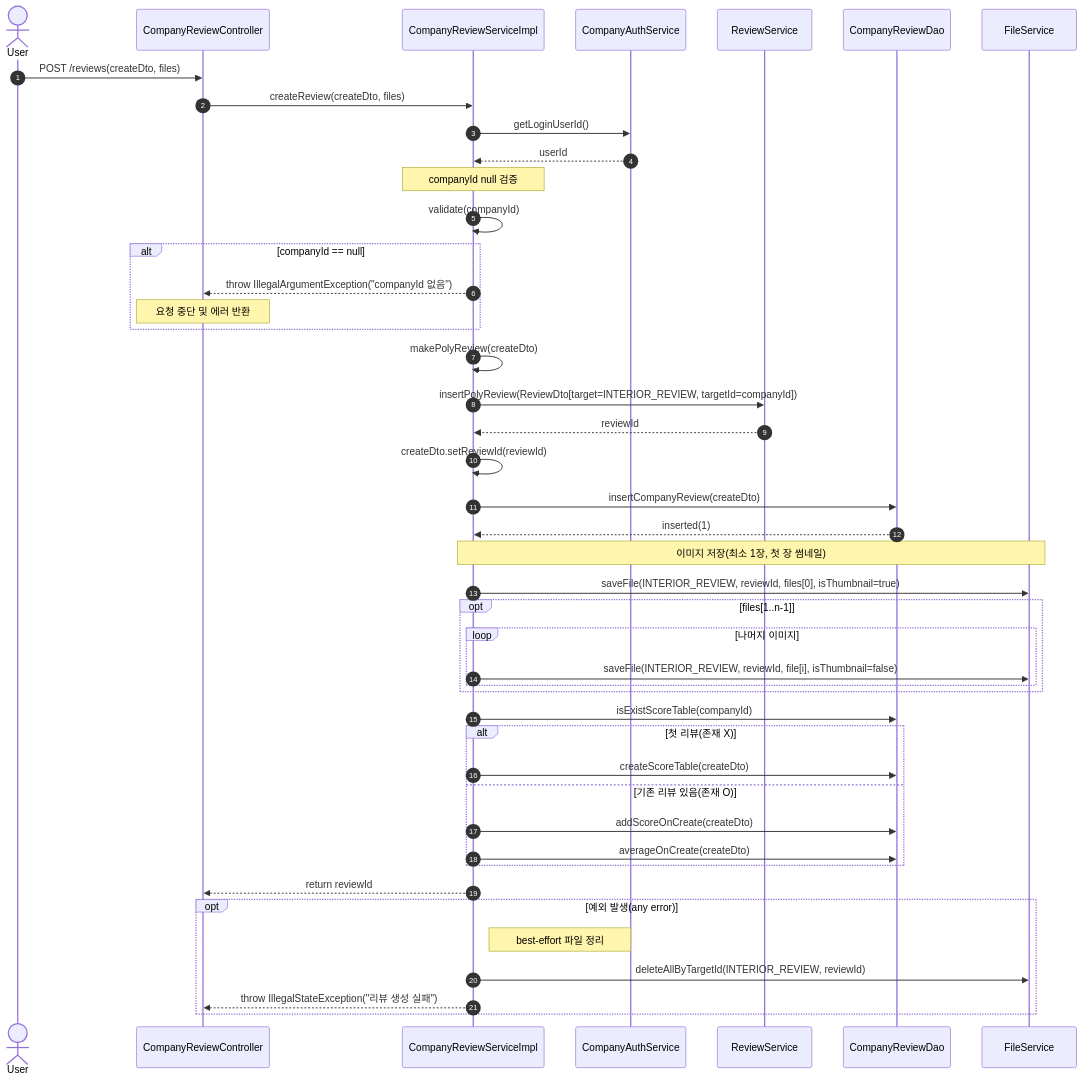
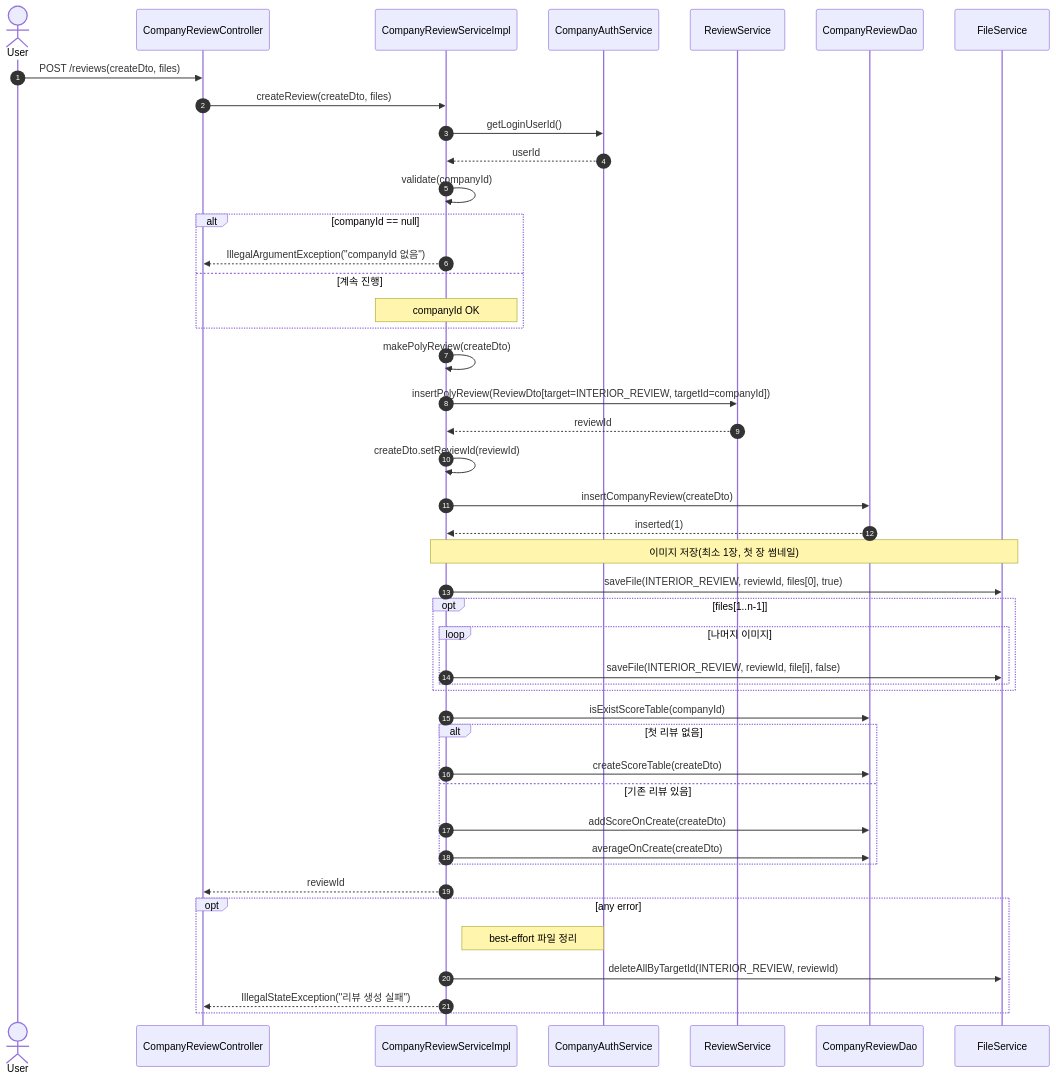
Before and after one commit to Shrimptempura/goottama: the fourth of 4 diagrams in README.md, drawn with Mermaid. The commit also changed other lines of this file, not shown here.

````diff
--- a/README.md
+++ b/README.md
@@ -273,58 +214,57 @@
 ```mermaid
 sequenceDiagram
 autonumber
 actor User
 participant C as CompanyReviewController
 participant S as CompanyReviewServiceImpl
 participant A as CompanyAuthService
 participant RS as ReviewService
 participant D as CompanyReviewDao
 participant F as FileService
 
 User->>C: POST /reviews(createDto, files)
 C->>S: createReview(createDto, files)
 
 S->>A: getLoginUserId()
 A-->>S: userId
 
-note over S: companyId null 검증
 S->>S: validate(companyId)
 alt companyId == null
-  S-->>C: throw IllegalArgumentException("companyId 없음")
-  note over C: 요청 중단 및 에러 반환
+  S-->>C: IllegalArgumentException("companyId 없음")
+else 계속 진행
+  Note over S: companyId OK
 end
 
 S->>S: makePolyReview(createDto)
 S->>RS: insertPolyReview(ReviewDto[target=INTERIOR_REVIEW, targetId=companyId])
 RS-->>S: reviewId
+S->>S: createDto.setReviewId(reviewId)
 
-S->>S: createDto.setReviewId(reviewId)
 S->>D: insertCompanyReview(createDto)
 D-->>S: inserted(1)
 
-note over F,S: 이미지 저장(최소 1장, 첫 장 썸네일)
-S->>F: saveFile(INTERIOR_REVIEW, reviewId, files[0], isThumbnail=true)
+note over S,F: 이미지 저장(최소 1장, 첫 장 썸네일)
+S->>F: saveFile(INTERIOR_REVIEW, reviewId, files[0], true)
 opt files[1..n-1]
   loop 나머지 이미지
-    S->>F: saveFile(INTERIOR_REVIEW, reviewId, file[i], isThumbnail=false)
+    S->>F: saveFile(INTERIOR_REVIEW, reviewId, file[i], false)
   end
 end
 
 S->>D: isExistScoreTable(companyId)
-alt 첫 리뷰(존재 X)
+alt 첫 리뷰 없음
   S->>D: createScoreTable(createDto)
-else 기존 리뷰 있음(존재 O)
+else 기존 리뷰 있음
   S->>D: addScoreOnCreate(createDto)
   S->>D: averageOnCreate(createDto)
 end
 
-S-->>C: return reviewId
+S-->>C: reviewId
 
-opt 예외 발생(any error)
+opt any error
   note right of S: best-effort 파일 정리
   S->>F: deleteAllByTargetId(INTERIOR_REVIEW, reviewId)
-  S-->>C: throw IllegalStateException("리뷰 생성 실패")
+  S-->>C: IllegalStateException("리뷰 생성 실패")
 end
 
-
 ```
````
